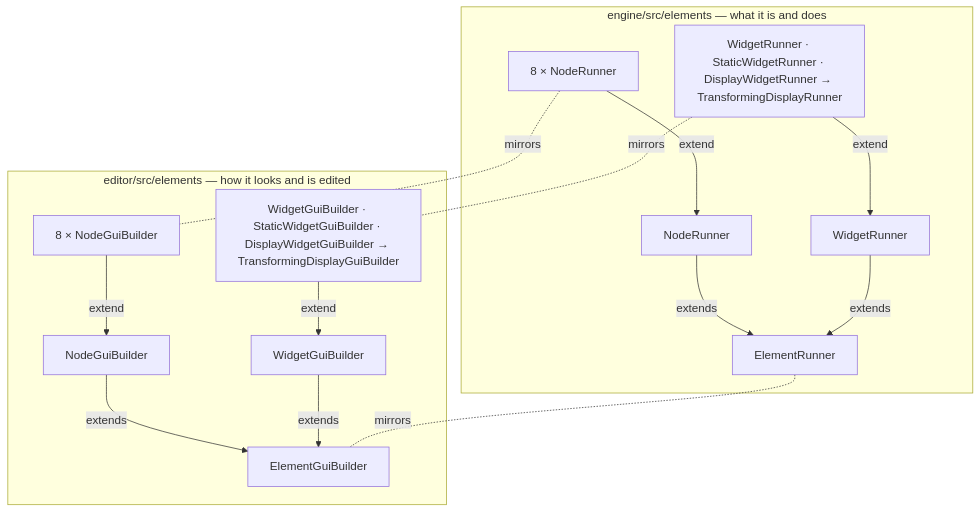
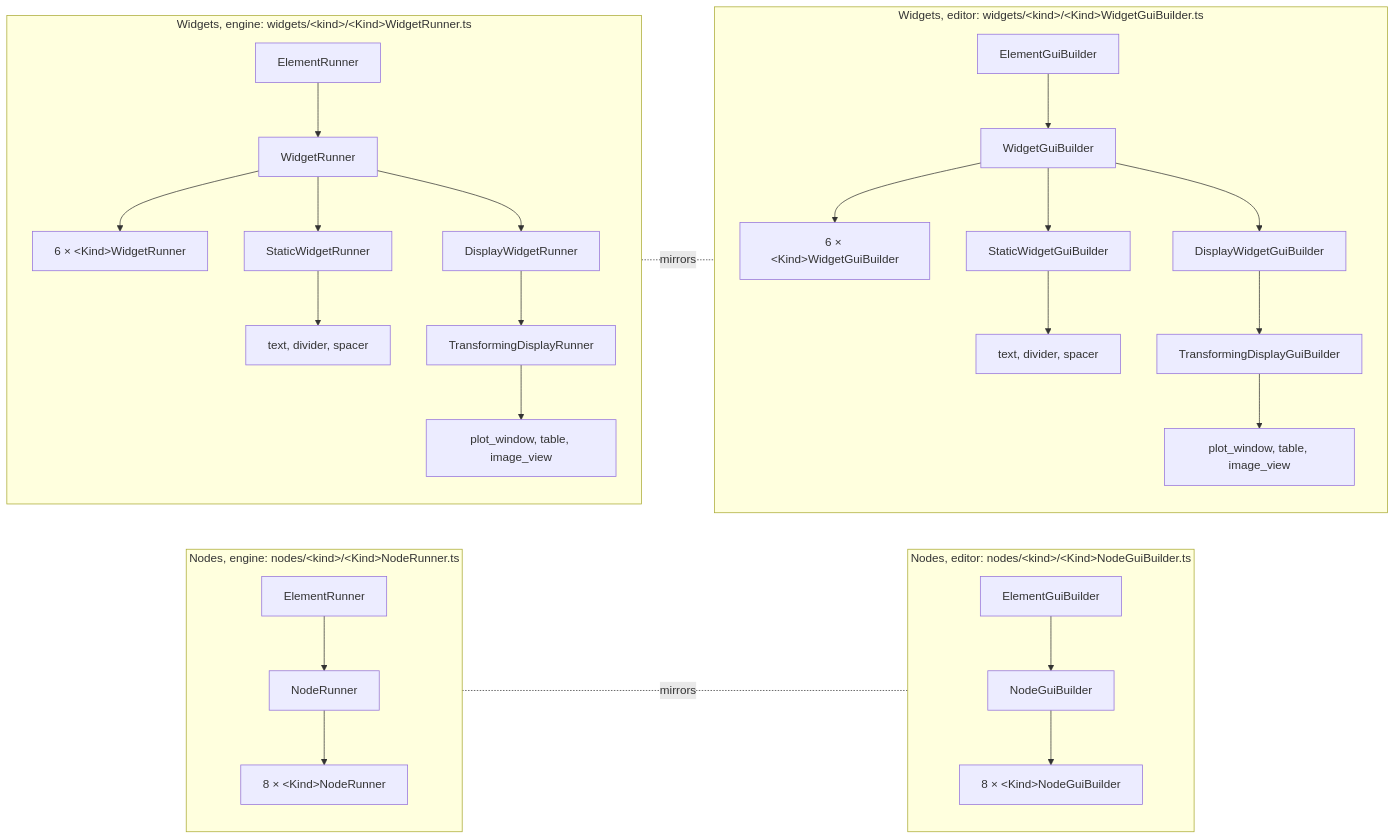
Before and after one commit to Archimedes79/AI_Graph: the second of 8 diagrams in arch/overview.md, drawn with Mermaid. The commit also changed other lines of this file and 88 other files, not shown here.

````diff
--- a/arch/overview.md
+++ b/arch/overview.md
@@ -88,29 +92,27 @@
 ```mermaid
-flowchart TD
-  subgraph engine["engine/src/elements — what it is and does"]
-    ElementRunner["ElementRunner"]
-    NodeRunner["NodeRunner"]
-    WidgetRunner["WidgetRunner"]
-    Nodes["8 × <Kind>NodeRunner"]
-    Widgets["<Kind>WidgetRunner · StaticWidgetRunner · DisplayWidgetRunner → TransformingDisplayRunner"]
+flowchart LR
+  subgraph NE["Nodes, engine: nodes/#lt;kind#gt;/#lt;Kind#gt;NodeRunner.ts"]
+    direction TB
+    ER1["ElementRunner"] --> NR["NodeRunner"] --> KNR["8 × #lt;Kind#gt;NodeRunner"]
   end
-  subgraph editor["editor/src/elements — how it looks and is edited"]
-    ElementGuiBuilder["ElementGuiBuilder"]
-    NodeGuiBuilder["NodeGuiBuilder"]
-    WidgetGuiBuilder["WidgetGuiBuilder"]
-    NodeBuilders["8 × <Kind>NodeGuiBuilder"]
-    WidgetBuilders["<Kind>WidgetGuiBuilder · StaticWidgetGuiBuilder · DisplayWidgetGuiBuilder → TransformingDisplayGuiBuilder"]
+  subgraph NB["Nodes, editor: nodes/#lt;kind#gt;/#lt;Kind#gt;NodeGuiBuilder.ts"]
+    direction TB
+    EG1["ElementGuiBuilder"] --> NG["NodeGuiBuilder"] --> KNG["8 × #lt;Kind#gt;NodeGuiBuilder"]
   end
-
-  NodeRunner -- extends --> ElementRunner
-  WidgetRunner -- extends --> ElementRunner
-  Nodes -- extend --> NodeRunner
-  Widgets -- extend --> WidgetRunner
-  NodeGuiBuilder -- extends --> ElementGuiBuilder
-  WidgetGuiBuilder -- extends --> ElementGuiBuilder
-  NodeBuilders -- extend --> NodeGuiBuilder
-  WidgetBuilders -- extend --> WidgetGuiBuilder
-  ElementRunner -. mirrors .- ElementGuiBuilder
-  Nodes -. mirrors .- NodeBuilders
-  Widgets -. mirrors .- WidgetBuilders
+  subgraph WE["Widgets, engine: widgets/#lt;kind#gt;/#lt;Kind#gt;WidgetRunner.ts"]
+    direction TB
+    ER2["ElementRunner"] --> WR["WidgetRunner"]
+    WR --> KWR["6 × #lt;Kind#gt;WidgetRunner"]
+    WR --> SR["StaticWidgetRunner"] --> KSR["text, divider, spacer"]
+    WR --> DR["DisplayWidgetRunner"] --> TR["TransformingDisplayRunner"] --> KTR["plot_window, table, image_view"]
+  end
+  subgraph WB["Widgets, editor: widgets/#lt;kind#gt;/#lt;Kind#gt;WidgetGuiBuilder.ts"]
+    direction TB
+    EG2["ElementGuiBuilder"] --> WG["WidgetGuiBuilder"]
+    WG --> KWG["6 × #lt;Kind#gt;WidgetGuiBuilder"]
+    WG --> SG["StaticWidgetGuiBuilder"] --> KSG["text, divider, spacer"]
+    WG --> DG["DisplayWidgetGuiBuilder"] --> TG["TransformingDisplayGuiBuilder"] --> KTG["plot_window, table, image_view"]
+  end
+  NE -. mirrors .- NB
+  WE -. mirrors .- WB
 ```
````
